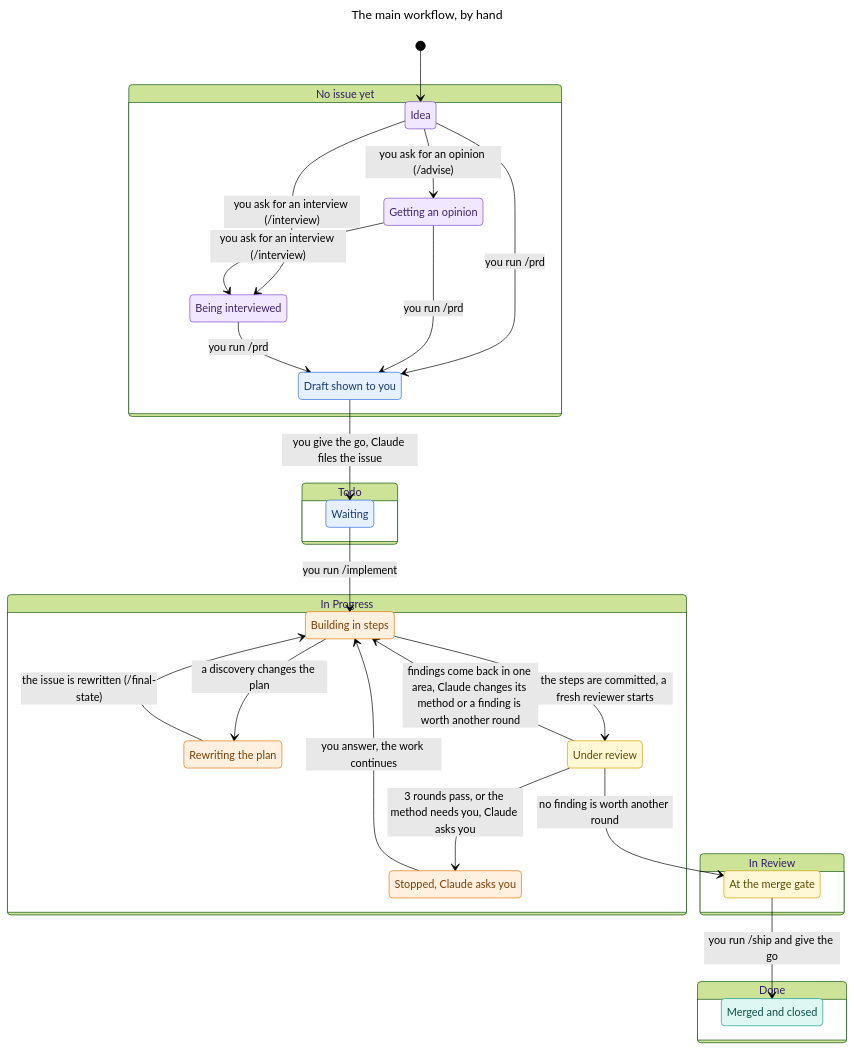
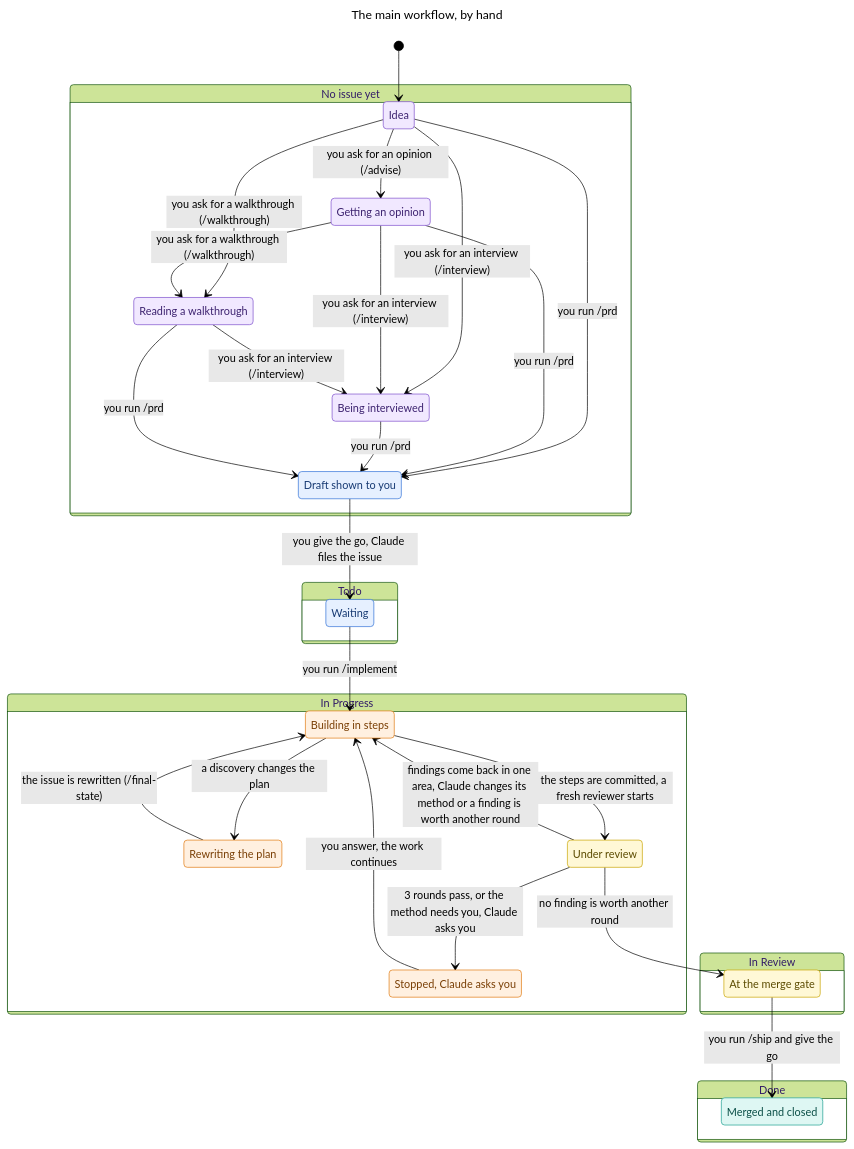
Before and after one commit to felipeam86/pipe-skills: the first of 2 diagrams in README.md, drawn with Mermaid (forest theme). The commit also changed other lines of this file and 2 other files, not shown here.

First line of the commit message:
GH-16: Add the walkthrough step to the lifecycle model and the README

````diff
--- a/README.md
+++ b/README.md
@@ -57,60 +58,66 @@
 ```mermaid
 ---
 title: "The main workflow, by hand"
 ---
 stateDiagram-v2
   state "No issue yet" as s0 {
     s1: Idea
     s2: Getting an opinion
     s3: Draft shown to you
     s4: Being interviewed
+    s5: Reading a walkthrough
   }
-  state "Todo" as s5 {
-    s6: Waiting
+  state "Todo" as s6 {
+    s7: Waiting
   }
-  state "In Progress" as s7 {
-    s8: Building in steps
-    s9: Rewriting the plan
-    s10: Under review
-    s11: Stopped, Claude asks you
+  state "In Progress" as s8 {
+    s9: Building in steps
+    s10: Rewriting the plan
+    s11: Under review
+    s12: Stopped, Claude asks you
   }
-  state "In Review" as s12 {
-    s13: At the merge gate
+  state "In Review" as s13 {
+    s14: At the merge gate
   }
-  state "Done" as s14 {
-    s15: Merged and closed
+  state "Done" as s15 {
+    s16: Merged and closed
   }
   [*] --> s1
   s1 --> s2: you ask for an opinion (/advise)
   s1 --> s3: you run /prd
   s1 --> s4: you ask for an interview (/interview)
+  s1 --> s5: you ask for a walkthrough (/walkthrough)
   s2 --> s3: you run /prd
   s2 --> s4: you ask for an interview (/interview)
-  s3 --> s6: you give the go, Claude files the issue
+  s2 --> s5: you ask for a walkthrough (/walkthrough)
+  s3 --> s7: you give the go, Claude files the issue
   s4 --> s3: you run /prd
-  s6 --> s8: you run /implement
-  s8 --> s9: a discovery changes the plan
-  s8 --> s10: the steps are committed, a fresh reviewer starts
-  s9 --> s8: the issue is rewritten (/final-state)
-  s10 --> s8: findings come back in one area, Claude changes its method or a finding is worth another round
-  s10 --> s13: no finding is worth another round
-  s10 --> s11: 3 rounds pass, or the method needs you, Claude asks you
-  s13 --> s15: you run /ship and give the go
-  s11 --> s8: you answer, the work continues
+  s5 --> s3: you run /prd
+  s5 --> s4: you ask for an interview (/interview)
+  s7 --> s9: you run /implement
+  s9 --> s10: a discovery changes the plan
+  s9 --> s11: the steps are committed, a fresh reviewer starts
+  s10 --> s9: the issue is rewritten (/final-state)
+  s11 --> s9: findings come back in one area, Claude changes its method or a finding is worth another round
+  s11 --> s14: no finding is worth another round
+  s11 --> s12: 3 rounds pass, or the method needs you, Claude asks you
+  s14 --> s16: you run /ship and give the go
+  s12 --> s9: you answer, the work continues
   classDef purple fill:#f1e8ff,stroke:#7c4dcc,color:#3d2370
   classDef blue fill:#e6f0ff,stroke:#2f6fd6,color:#173a73
   classDef orange fill:#fff0e0,stroke:#e07a10,color:#7a3f05
   classDef yellow fill:#fff8d6,stroke:#c9a400,color:#5c4b00
   classDef teal fill:#def7f3,stroke:#1a9e8f,color:#0b4f47
   class s1 purple
   class s2 purple
   class s3 blue
   class s4 purple
-  class s6 blue
-  class s8 orange
+  class s5 purple
+  class s7 blue
   class s9 orange
-  class s10 yellow
-  class s11 orange
-  class s13 yellow
-  class s15 teal
+  class s10 orange
+  class s11 yellow
+  class s12 orange
+  class s14 yellow
+  class s16 teal
 ```
````
